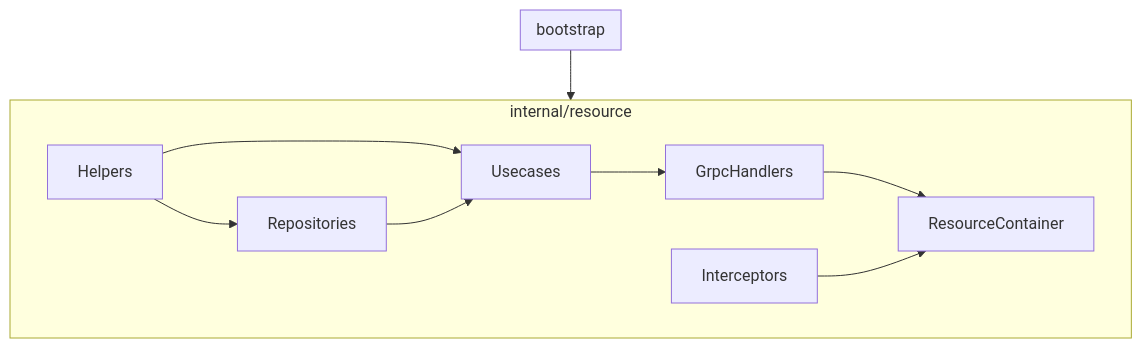
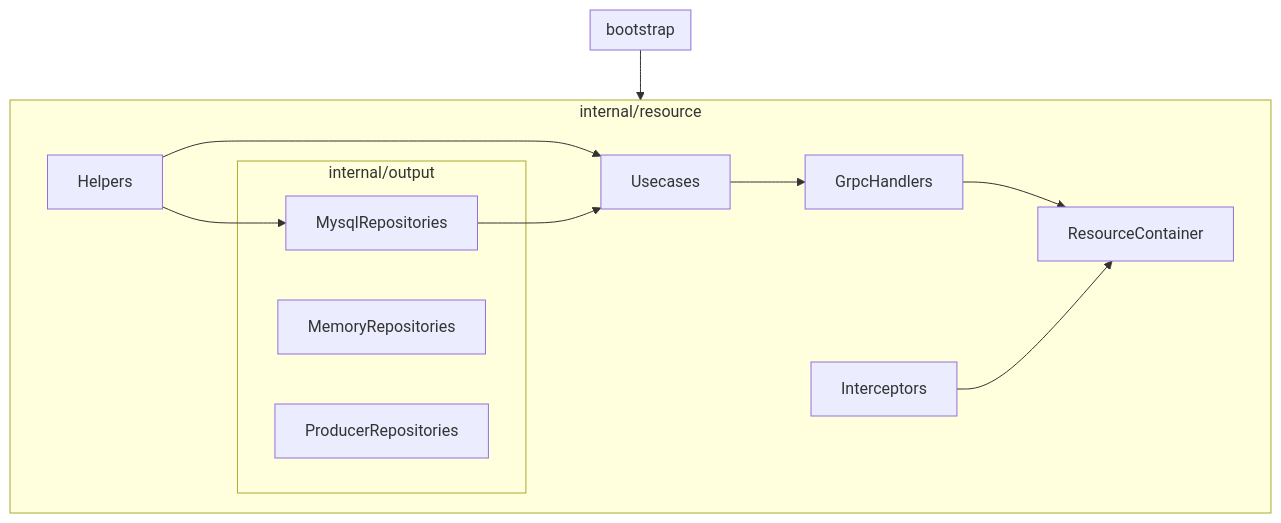
The diagram in README.md (doroke7/landan-backend-hexagon), drawn with Mermaid before and after one commit. The commit also changed other lines of this file, not shown here.

````diff
--- a/README.md
+++ b/README.md
@@ -172,19 +172,26 @@
 ```mermaid
 graph TD
     subgraph bootstrap
     end
 
     subgraph internal/resource
-        Helpers --> Repositories
+        Helpers --> MysqlRepositories
+
+        subgraph internal/output
+            MysqlRepositories
+            MemoryRepositories
+            ProducerRepositories
+        end
+
         Helpers --> Usecases
-        Repositories --> Usecases
+        MysqlRepositories --> Usecases
         Usecases --> GrpcHandlers
 
         Interceptors
 
         GrpcHandlers --> ResourceContainer
         Interceptors --> ResourceContainer
     end
 
     bootstrap --> internal/resource
 ```
````
